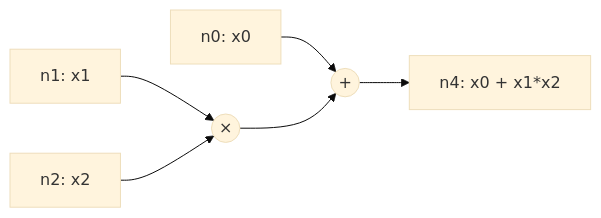
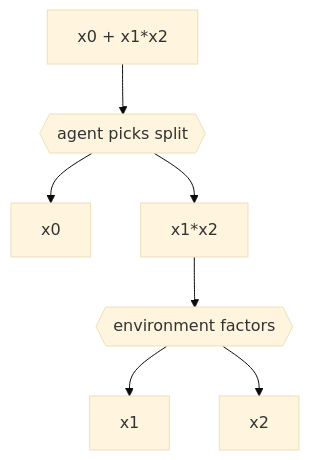
Before and after one commit to uw-math-ai/PolyArithmeticCircuitsRL: the first of 2 diagrams in README.md, drawn with Mermaid (base theme). The commit also changed other lines of this file, not shown here.

First line of the commit message:
docs: clarify addition-split environment in README

````diff
--- a/README.md
+++ b/README.md
@@ -76,8 +87,9 @@
 ```mermaid
-flowchart LR
-    n0["n0: x0"] --> add1((+))
-    n1["n1: x1"] --> mul1((&times;))
-    n2["n2: x2"] --> mul1
-    mul1 --> add1
-    add1 --> out1["n4: x0 + x1*x2"]
+flowchart TD
+    f1["x0 + x1*x2"] --> s1{{agent picks split}}
+    s1 --> l1["x0"]
+    s1 --> r1["x1*x2"]
+    r1 --> ef1{{environment factors}}
+    ef1 --> x1["x1"]
+    ef1 --> x2["x2"]
 ```
````
